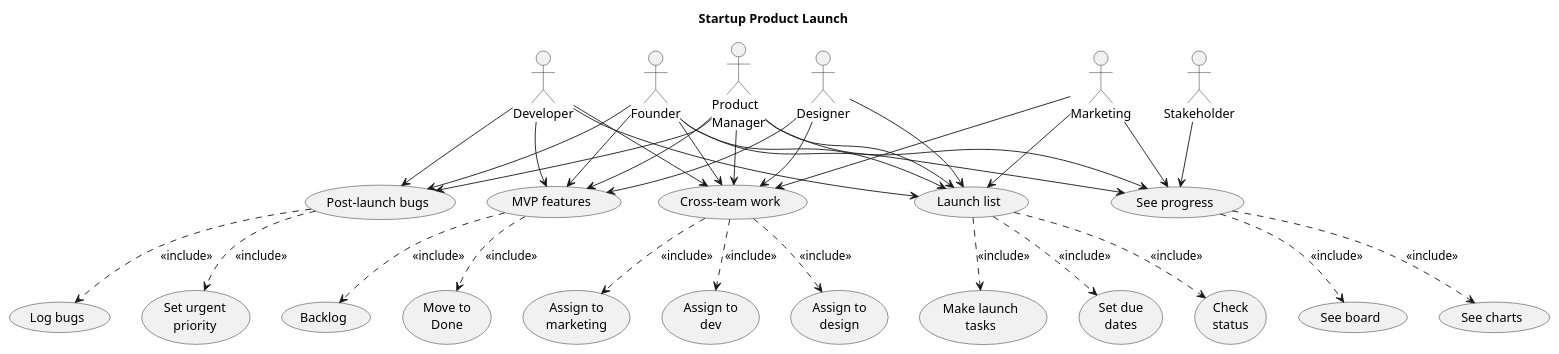
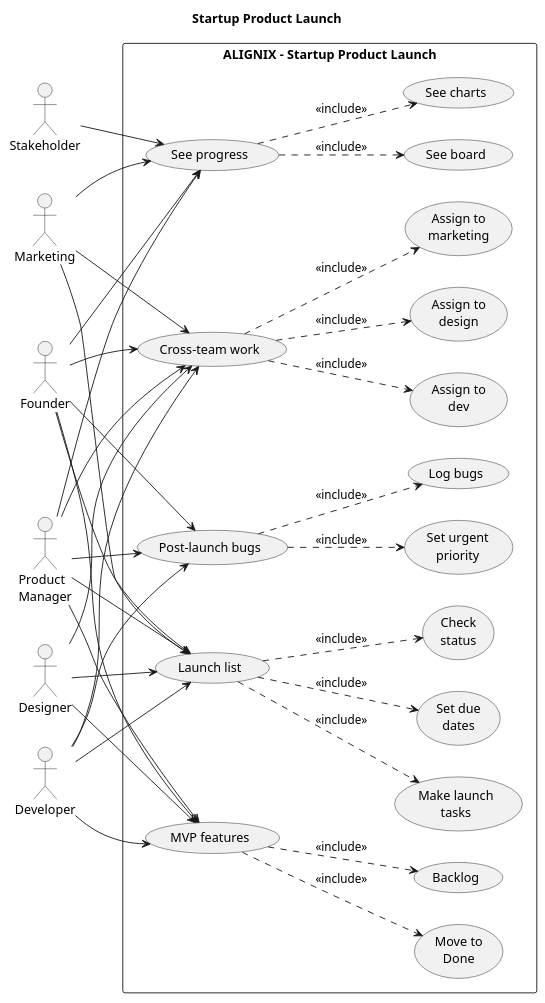
The diagram in diagrams/usecasediagram3.puml (ANasser00/project-management), drawn with PlantUML before and after one commit. The commit also changed 8 other files, not shown here.

Commit message:
Updated diagrams.

```diff
--- a/diagrams/usecasediagram3.puml
+++ b/diagrams/usecasediagram3.puml
@@ -1,90 +1,98 @@
 @startuml
+left to right direction
 
 title Startup Product Launch
 
+' --- Left-side actors ---
 actor "Founder" as Founder
 actor "Product\nManager" as PM
+actor "Stakeholder" as Stakeholder
+
+' --- System rectangle with main + included use cases ---
+rectangle "ALIGNIX – Startup Product Launch" as System {
+
+  ' --- Main use cases (center column) ---
+  usecase "MVP features" as UC_MVP
+  usecase "Cross-team work" as UC_CROSS
+  usecase "Launch list" as UC_LAUNCH
+  usecase "See progress" as UC_PROGRESS
+  usecase "Post-launch bugs" as UC_POSTBUGS
+
+  ' --- Included details around main use cases ---
+
+  ' MVP features
+  usecase "Backlog" as UC_BACKLOG
+  usecase "Move to\nDone" as UC_DONE
+
+  ' Cross-team work
+  usecase "Assign to\ndev" as UC_TO_DEV
+  usecase "Assign to\ndesign" as UC_TO_DESIGN
+  usecase "Assign to\nmarketing" as UC_TO_MKT
+
+  ' Launch list
+  usecase "Make launch\ntasks" as UC_LAUNCH_TASKS
+  usecase "Set due\ndates" as UC_LAUNCH_DATES
+  usecase "Check\nstatus" as UC_LAUNCH_STATUS
+
+  ' See progress
+  usecase "See board" as UC_PROG_BOARD
+  usecase "See charts" as UC_PROG_CHARTS
+
+  ' Post-launch bugs
+  usecase "Log bugs" as UC_LOG_BUGS
+  usecase "Set urgent\npriority" as UC_URGENT
+}
+
+' --- Right-side actors (declared after rectangle) ---
 actor "Developer" as Dev
 actor "Designer" as Designer
 actor "Marketing" as Marketing
-actor "Stakeholder" as Stakeholder
 
-' --- Main use cases ---
-usecase "MVP features" as UC_MVP
-usecase "Cross-team work" as UC_CROSS
-usecase "Launch list" as UC_LAUNCH
-usecase "See progress" as UC_PROGRESS
-usecase "Post-launch bugs" as UC_POSTBUGS
-
-' --- Included details (simple) ---
-
-' MVP features
-usecase "Backlog" as UC_BACKLOG
-usecase "Move to\nDone" as UC_DONE
-
-' Cross-team work
-usecase "Assign to\ndev" as UC_TO_DEV
-usecase "Assign to\ndesign" as UC_TO_DESIGN
-usecase "Assign to\nmarketing" as UC_TO_MKT
-
-' Launch list
-usecase "Make launch\ntasks" as UC_LAUNCH_TASKS
-usecase "Set due\ndates" as UC_LAUNCH_DATES
-usecase "Check\nstatus" as UC_LAUNCH_STATUS
-
-' See progress
-usecase "See board" as UC_PROG_BOARD
-usecase "See charts" as UC_PROG_CHARTS
-
-' Post-launch bugs
-usecase "Log bugs" as UC_LOG_BUGS
-usecase "Set urgent\npriority" as UC_URGENT
-
-' --- include relations ---
+' --- include relations (dashed with <<include>>) ---
 UC_MVP ..> UC_BACKLOG : <<include>>
 UC_MVP ..> UC_DONE : <<include>>
 
 UC_CROSS ..> UC_TO_DEV : <<include>>
 UC_CROSS ..> UC_TO_DESIGN : <<include>>
 UC_CROSS ..> UC_TO_MKT : <<include>>
 
 UC_LAUNCH ..> UC_LAUNCH_TASKS : <<include>>
 UC_LAUNCH ..> UC_LAUNCH_DATES : <<include>>
 UC_LAUNCH ..> UC_LAUNCH_STATUS : <<include>>
 
 UC_PROGRESS ..> UC_PROG_BOARD : <<include>>
 UC_PROGRESS ..> UC_PROG_CHARTS : <<include>>
 
 UC_POSTBUGS ..> UC_LOG_BUGS : <<include>>
 UC_POSTBUGS ..> UC_URGENT : <<include>>
 
-' --- Actors → main use cases ---
-
+' --- Actors → main use cases (left) ---
 Founder --> UC_MVP
 Founder --> UC_CROSS
 Founder --> UC_LAUNCH
 Founder --> UC_PROGRESS
 Founder --> UC_POSTBUGS
 
 PM --> UC_MVP
 PM --> UC_CROSS
 PM --> UC_LAUNCH
 PM --> UC_PROGRESS
 PM --> UC_POSTBUGS
 
+Stakeholder --> UC_PROGRESS
+
+' --- Actors → main use cases (right) ---
 Dev --> UC_MVP
 Dev --> UC_CROSS
 Dev --> UC_LAUNCH
 Dev --> UC_POSTBUGS
 
 Designer --> UC_MVP
 Designer --> UC_CROSS
 Designer --> UC_LAUNCH
 
 Marketing --> UC_CROSS
 Marketing --> UC_LAUNCH
 Marketing --> UC_PROGRESS
 
-Stakeholder --> UC_PROGRESS
-
 @enduml
```
